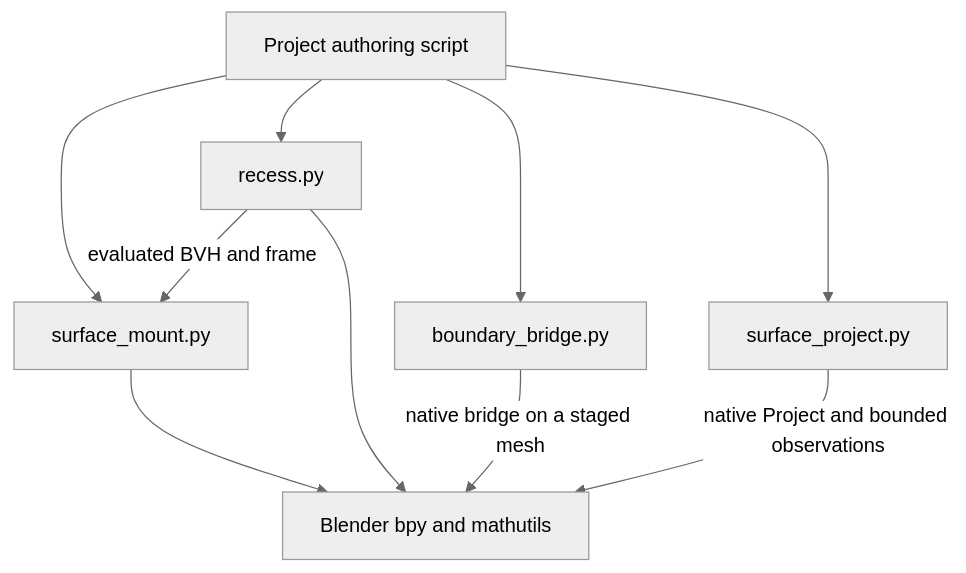
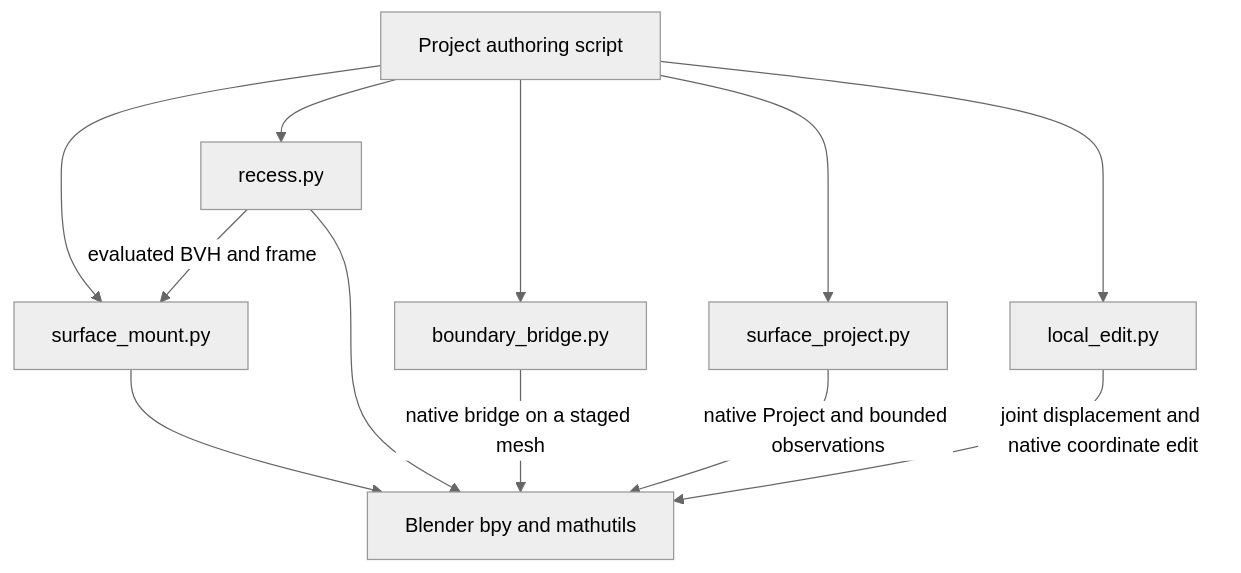
The second of 2 diagrams in docs/development/refas-2-skill-map.md (ictseoyoungmin/refas), drawn with Mermaid (neutral theme) before and after one commit. The commit also changed other lines of this file and 9 other files, not shown here.

Commit message:
feat: add bounded joint local mesh edits (#450)

````diff
--- a/docs/development/refas-2-skill-map.md
+++ b/docs/development/refas-2-skill-map.md
@@ -51,12 +51,14 @@
 ```mermaid
 flowchart TD
     Script["Project authoring script"] --> Mount["surface_mount.py"]
     Script --> Recess["recess.py"]
     Script --> Bridge["boundary_bridge.py"]
     Script --> Projection["surface_project.py"]
+    Script --> Local["local_edit.py"]
     Recess -- "evaluated BVH and frame" --> Mount
     Mount --> Blender["Blender bpy and mathutils"]
     Recess --> Blender
     Bridge -- "native bridge on a staged mesh" --> Blender
     Projection -- "native Project and bounded observations" --> Blender
+    Local -- "joint displacement and native coordinate edit" --> Blender
 ```
````
